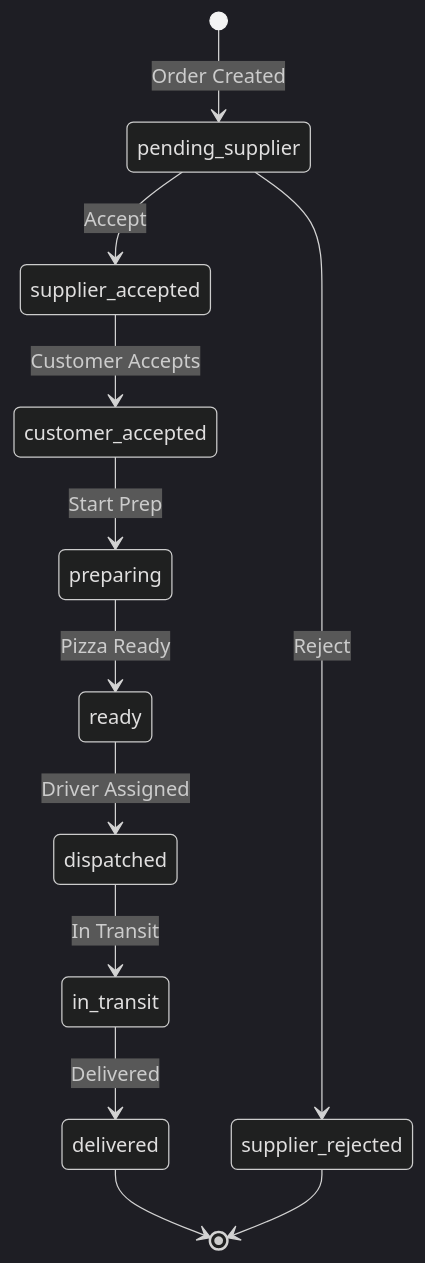
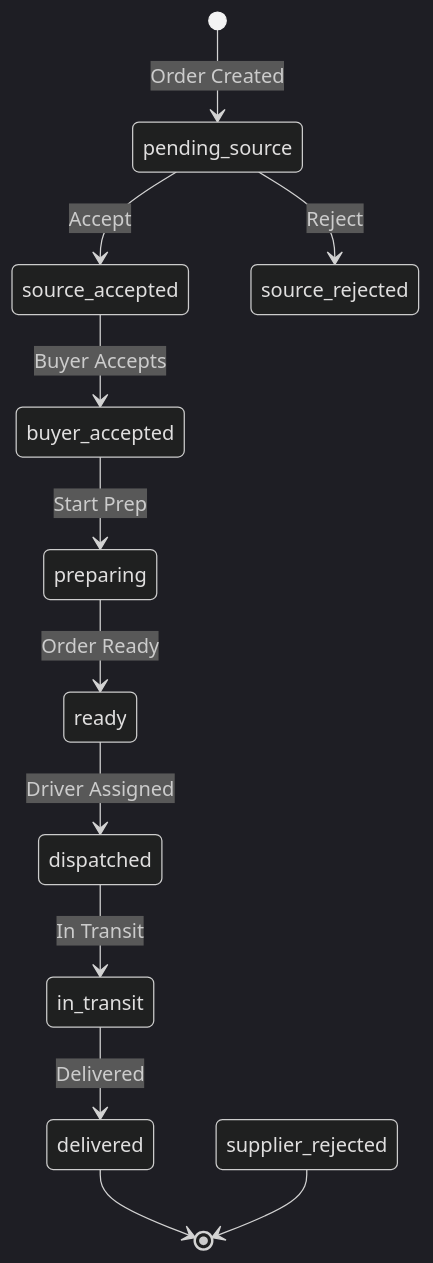
One commit to tukue/event-driven-platform changed the third of 3 diagrams in README.md. Above: the diagram before and after it, drawn with Mermaid (dark theme). The commit also changed other lines of this file and 66 other files, not shown here.

First line of the commit message:
Refactor platform from pizza-specific to generic order delivery

````diff
--- a/README.md
+++ b/README.md
@@ -137,14 +137,14 @@
 ```mermaid
 stateDiagram-v2
-    [*] --> pending_supplier: Order Created
-    pending_supplier --> supplier_accepted: Accept
-    pending_supplier --> supplier_rejected: Reject
-    supplier_accepted --> customer_accepted: Customer Accepts
-    customer_accepted --> preparing: Start Prep
-    preparing --> ready: Pizza Ready
+    [*] --> pending_source: Order Created
+    pending_source --> source_accepted: Accept
+    pending_source --> source_rejected: Reject
+    source_accepted --> buyer_accepted: Buyer Accepts
+    buyer_accepted --> preparing: Start Prep
+    preparing --> ready: Order Ready
     ready --> dispatched: Driver Assigned
     dispatched --> in_transit: In Transit
     in_transit --> delivered: Delivered
     delivered --> [*]
     supplier_rejected --> [*]
 ```
````
